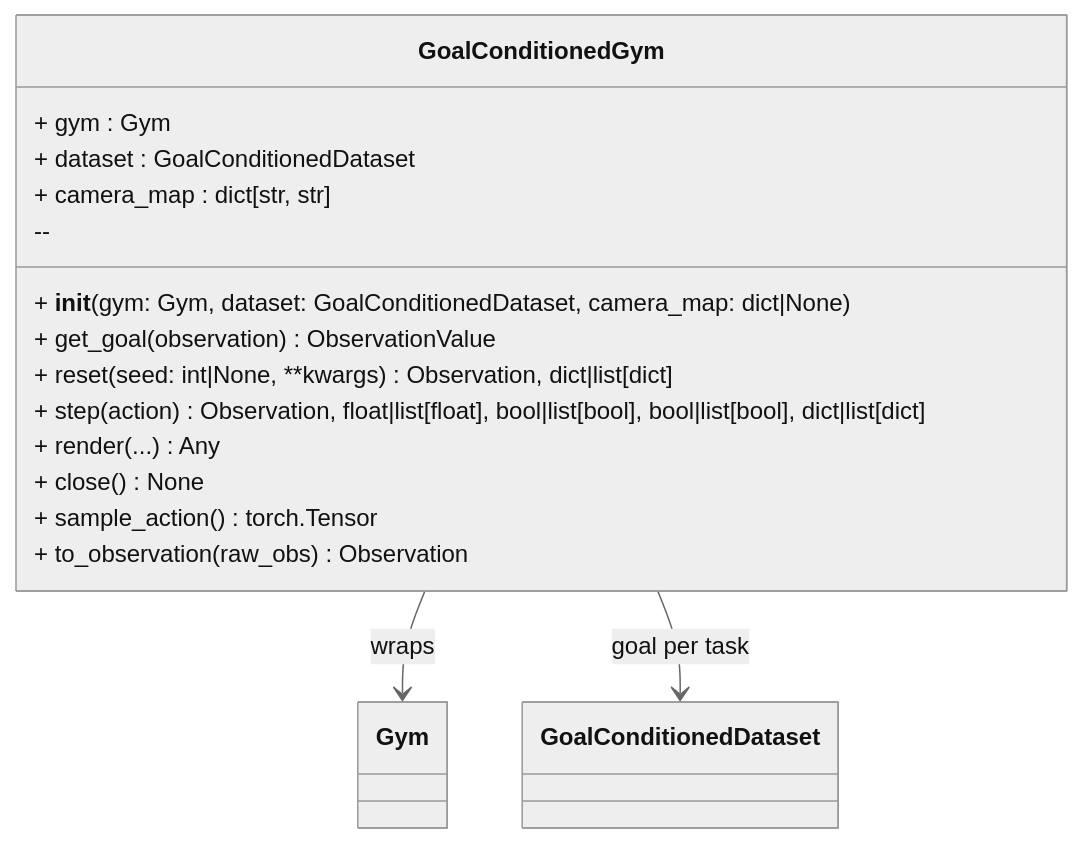
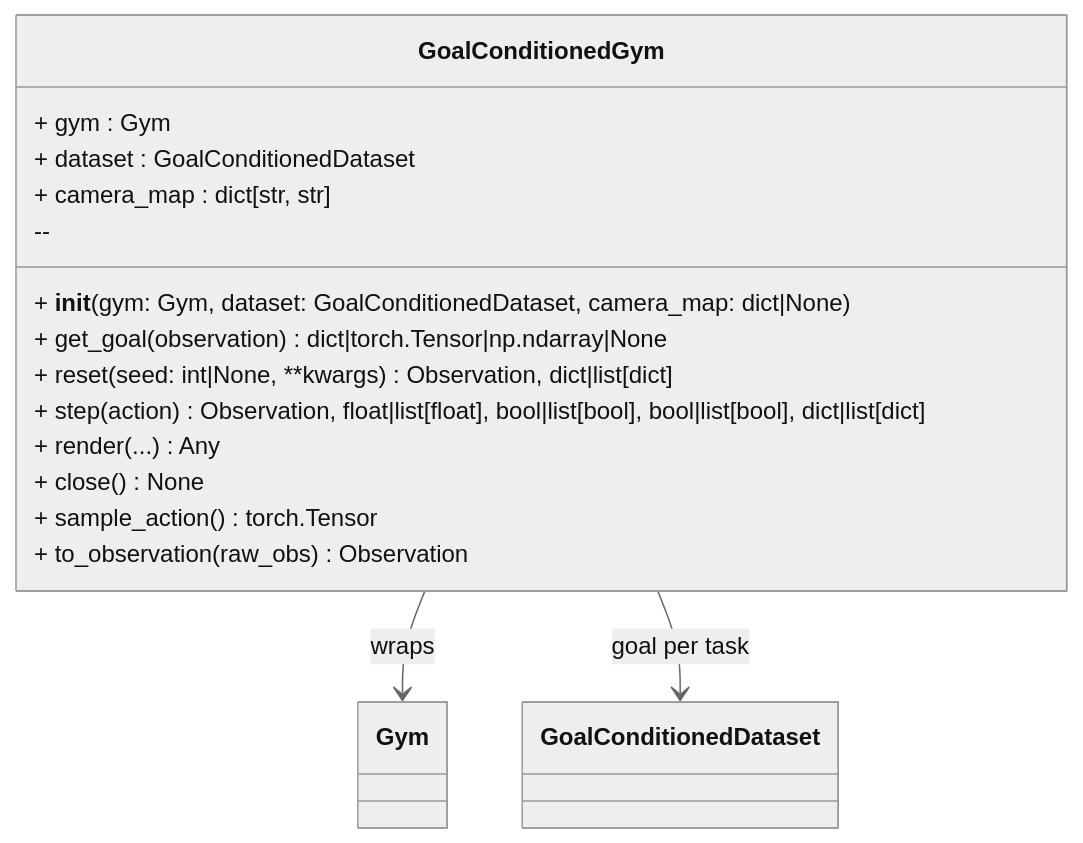
One commit to alfieroddan/physical-ai-studio changed the diagram in library/docs/explanation/gyms/goal.md. Above: the diagram before and after it, drawn with Mermaid (neutral theme). The commit also changed 9 other files, not shown here.

````diff
--- a/library/docs/explanation/gyms/goal.md
+++ b/library/docs/explanation/gyms/goal.md
@@ -14,20 +14,20 @@
 ```mermaid
 classDiagram
     class GoalConditionedGym {
         + gym : Gym
         + dataset : GoalConditionedDataset
         + camera_map : dict[str, str]
         --
         + __init__(gym: Gym, dataset: GoalConditionedDataset, camera_map: dict|None)
-        + get_goal(observation) ObservationValue
+        + get_goal(observation) dict|torch.Tensor|np.ndarray|None
         + reset(seed: int|None, **kwargs) Observation, dict|list[dict]
         + step(action) Observation, float|list[float], bool|list[bool], bool|list[bool], dict|list[dict]
         + render(...) Any
         + close() None
         + sample_action() torch.Tensor
         + to_observation(raw_obs) Observation
     }
 
     GoalConditionedGym --> Gym : wraps
     GoalConditionedGym --> GoalConditionedDataset : goal per task
 ```
````
